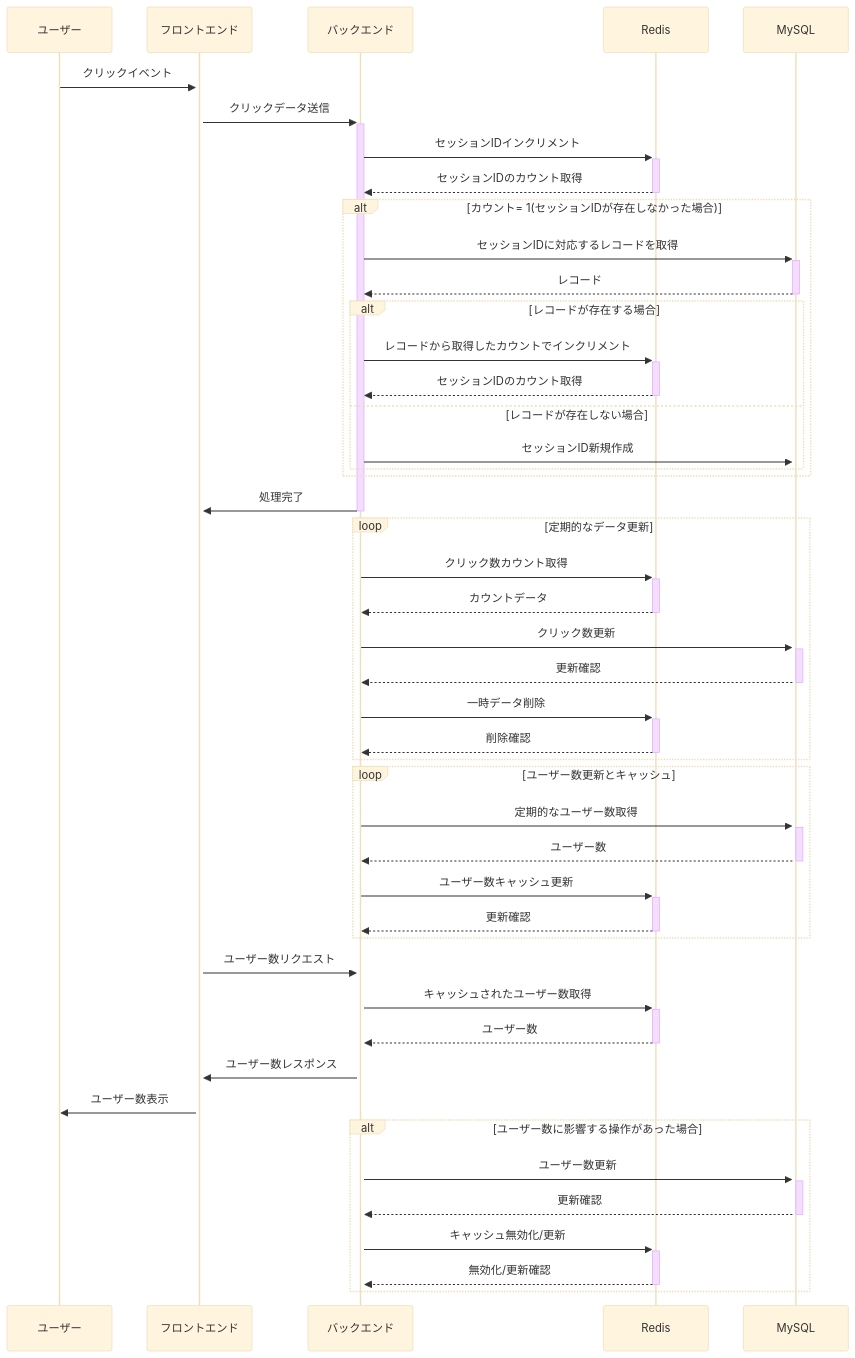
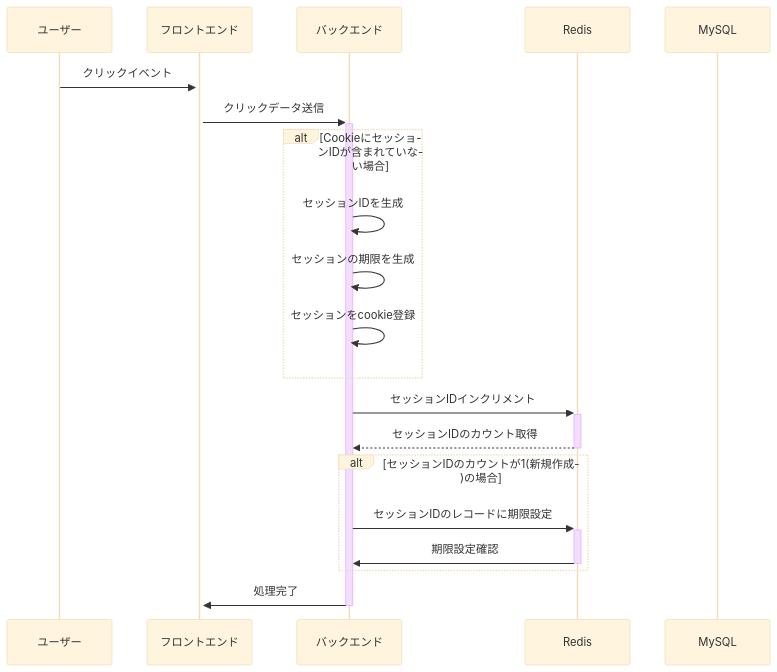
One commit to playpark-llc/kazoeru-kun changed the first of 3 diagrams in README.md. Above: the diagram before and after it, drawn with Mermaid (base theme). The commit also changed other lines of this file, not shown here.

Commit message:
docs: ✏️ README.md
correct document

````diff
--- a/README.md
+++ b/README.md
@@ -45,53 +50,24 @@
 ```mermaid
 sequenceDiagram
     participant User as ユーザー
     participant Frontend as フロントエンド
     participant Backend as バックエンド
     participant Redis as Redis
     participant MySQL as MySQL
 
     User->>+Frontend: クリックイベント
     Frontend->>+Backend: クリックデータ送信
+    alt CookieにセッションIDが含まれていない場合
+      Backend->>Backend: セッションIDを生成
+      Backend->>Backend: セッションの期限を生成
+      Backend->>Backend: セッションをcookie登録
+    end
     Backend->>+Redis: セッションIDインクリメント
     Redis-->>-Backend: セッションIDのカウント取得
-    alt カウント= 1(セッションIDが存在しなかった場合)
-        Backend->>+MySQL: セッションIDに対応するレコードを取得
-        MySQL-->>-Backend: レコード
-      alt レコードが存在する場合
-        Backend->>+Redis: レコードから取得したカウントでインクリメント
-        Redis-->>-Backend: セッションIDのカウント取得
-      else レコードが存在しない場合
-        Backend->>+MySQL: セッションID新規作成
-      end
+    alt セッションIDのカウントが1(新規作成)の場合
+      Backend->>+Redis: セッションIDのレコードに期限設定
+      Redis->>-Backend: 期限設定確認
     end
     Backend->>-Frontend: 処理完了
 
-    loop 定期的なデータ更新
-        Backend->>+Redis: クリック数カウント取得
-        Redis-->>-Backend: カウントデータ
-        Backend->>+MySQL: クリック数更新
-        MySQL-->>-Backend: 更新確認
-        Backend->>+Redis: 一時データ削除
-        Redis-->>-Backend: 削除確認
-    end
-
-    loop ユーザー数更新とキャッシュ
-        Backend->>+MySQL: 定期的なユーザー数取得
-        MySQL-->>-Backend: ユーザー数
-        Backend->>+Redis: ユーザー数キャッシュ更新
-        Redis-->>-Backend: 更新確認
-    end
-
-    Frontend->>+Backend: ユーザー数リクエスト
-    Backend->>+Redis: キャッシュされたユーザー数取得
-    Redis-->>-Backend: ユーザー数
-    Backend->>Frontend: ユーザー数レスポンス
-    Frontend->>User: ユーザー数表示
-
-    alt ユーザー数に影響する操作があった場合
-        Backend->>+MySQL: ユーザー数更新
-        MySQL-->>-Backend: 更新確認
-        Backend->>+Redis: キャッシュ無効化/更新
-        Redis-->>-Backend: 無効化/更新確認
-    end
 ```
````
